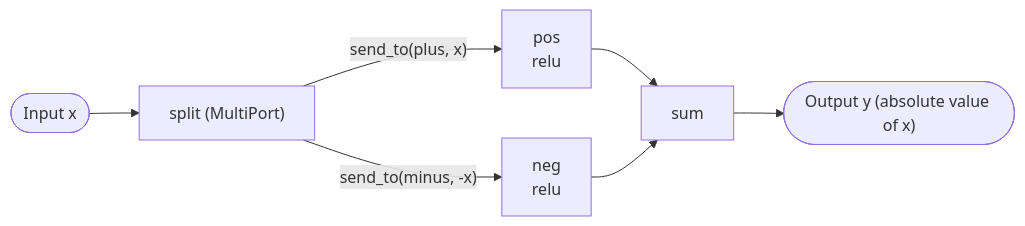
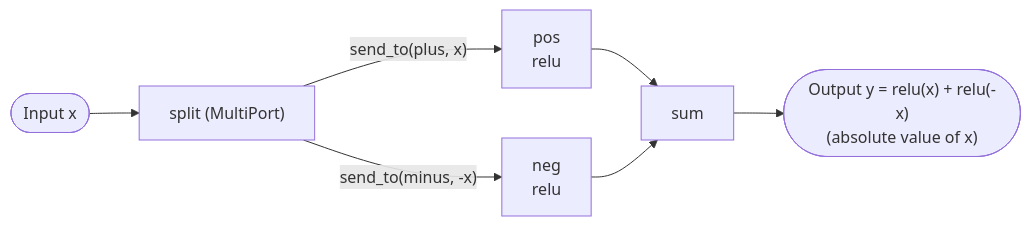
Before and after one commit to Geson-anko/mujou: the second of 2 diagrams in docs/en/topics/ports.md, drawn with Mermaid. The commit also changed other lines of this file and 49 other files, not shown here.

````diff
--- a/docs/en/topics/ports.md
+++ b/docs/en/topics/ports.md
@@ -241,9 +106,9 @@
 ```mermaid
 flowchart LR
     IN(["Input x"]) --> SP["split (MultiPort)"]
     SP -->|"send_to(plus, x)"| P["pos<br/>relu"]
     SP -->|"send_to(minus, -x)"| N["neg<br/>relu"]
     P --> SUM["sum"]
     N --> SUM
-    SUM --> OUT(["Output y (absolute value of x)"])
+    SUM --> OUT(["Output y = relu(x) + relu(-x)<br/>(absolute value of x)"])
 ```
````
